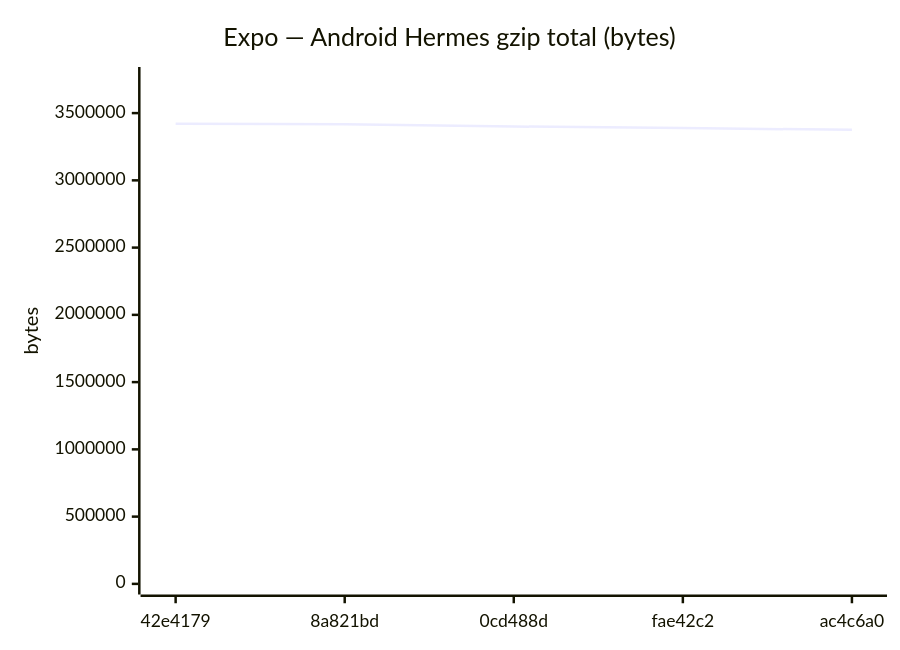
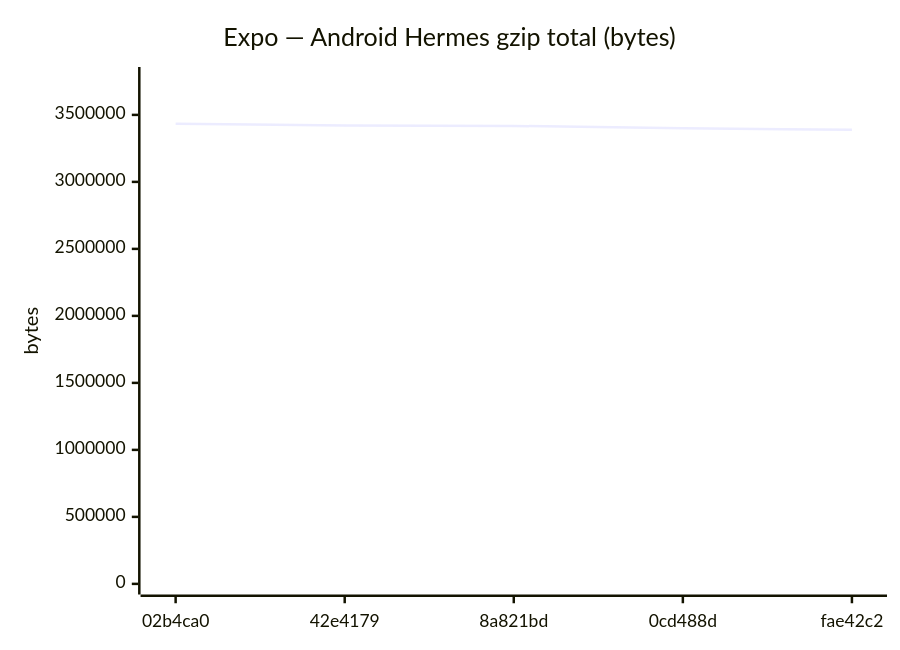
One commit to Metaheurist/Rianell changed diagram 11 of 18 in benchmarks/compare.md. Above: the diagram before and after it, drawn with Mermaid. The commit also changed other lines of this file and 11 other files, not shown here.

````diff
--- a/benchmarks/compare.md
+++ b/benchmarks/compare.md
@@ -172,7 +172,7 @@
 ```mermaid
 xychart-beta
     title "Expo — Android Hermes gzip total (bytes)"
-    x-axis ["42e4179", "8a821bd", "0cd488d", "fae42c2", "ac4c6a0"]
-    y-axis "bytes" 0 --> 3763726
-    line [3421569, 3417622, 3400545, 3388765, 3375300]
+    x-axis ["02b4ca0", "42e4179", "8a821bd", "0cd488d", "fae42c2"]
+    y-axis "bytes" 0 --> 3778099
+    line [3434635, 3421569, 3417622, 3400545, 3388765]
 ```
````
